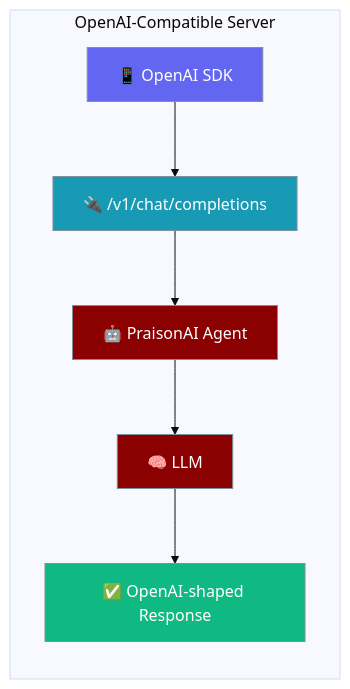
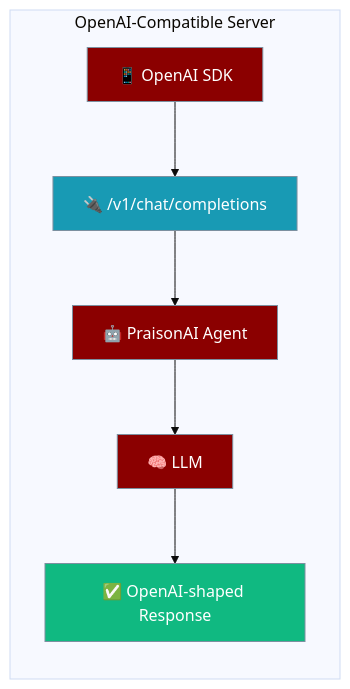
One commit to MervinPraison/PraisonAIDocs changed the first of 3 diagrams in docs/features/openai-compatible-server.mdx. Above: the diagram before and after it, drawn with Mermaid (base theme). The commit also changed other lines of this file and 4 other files, not shown here.

````diff
--- a/docs/features/openai-compatible-server.mdx
+++ b/docs/features/openai-compatible-server.mdx
@@ -10,19 +10,17 @@
 ```mermaid
 graph LR
     subgraph "OpenAI-Compatible Server"
         Client[📱 OpenAI SDK] --> Server[🔌 /v1/chat/completions]
         Server --> Agent[🤖 PraisonAI Agent]
         Agent --> LLM[🧠 LLM]
         LLM --> Response[✅ OpenAI-shaped Response]
     end
 
-    classDef input fill:#6366F1,stroke:#7C90A0,color:#fff
+    classDef agent fill:#8B0000,stroke:#7C90A0,color:#fff
     classDef process fill:#189AB4,stroke:#7C90A0,color:#fff
-    classDef agent fill:#8B0000,stroke:#7C90A0,color:#fff
     classDef output fill:#10B981,stroke:#7C90A0,color:#fff
 
-    class Client input
+    class Client,Agent,LLM agent
     class Server process
-    class Agent,LLM agent
     class Response output
 ```
````
